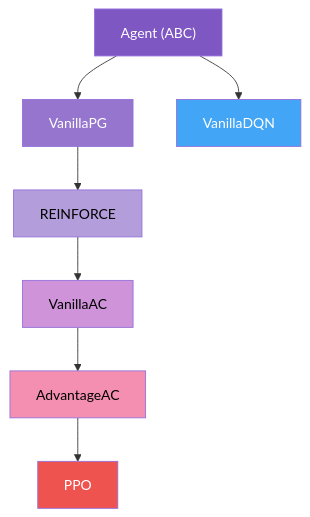
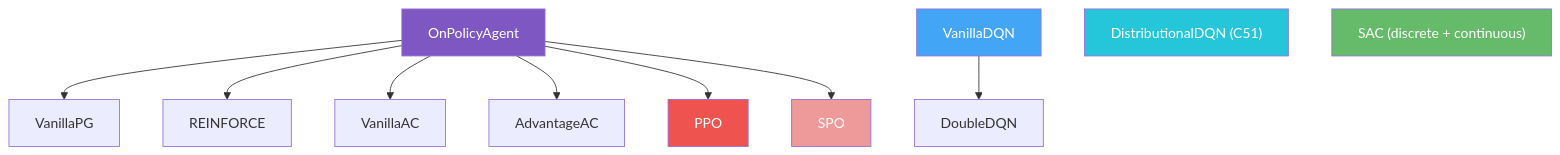
The diagram in docs/algorithms.md (DarkbyteAT/rltrain), drawn with Mermaid before and after one commit. The commit also changed other lines of this file and 251 other files, not shown here.

````diff
--- a/docs/algorithms.md
+++ b/docs/algorithms.md
@@ -7,17 +7,21 @@
 ```mermaid
 graph TD
-    A["Agent (ABC)"] --> VPG["VanillaPG"]
-    VPG --> R["REINFORCE"]
-    R --> VAC["VanillaAC"]
-    VAC --> AAC["AdvantageAC"]
-    AAC --> PPO["PPO"]
-    A --> DQN["VanillaDQN"]
+    OPA["OnPolicyAgent"] --> VPG["VanillaPG"]
+    OPA --> R["REINFORCE"]
+    OPA --> VAC["VanillaAC"]
+    OPA --> AAC["AdvantageAC"]
+    OPA --> PPO["PPO"]
+    OPA --> SPO["SPO"]
 
-    style A fill:#7e57c2,color:#fff
-    style VPG fill:#9575cd,color:#fff
-    style R fill:#b39ddb,color:#000
-    style VAC fill:#ce93d8,color:#000
-    style AAC fill:#f48fb1,color:#000
+    DQN["VanillaDQN"] --> DDQN["DoubleDQN"]
+    C51["DistributionalDQN (C51)"]
+
+    SAC["SAC (discrete + continuous)"]
+
+    style OPA fill:#7e57c2,color:#fff
     style PPO fill:#ef5350,color:#fff
+    style SPO fill:#ef9a9a,color:#fff
     style DQN fill:#42a5f5,color:#fff
+    style C51 fill:#26c6da,color:#fff
+    style SAC fill:#66bb6a,color:#fff
 ```
````
